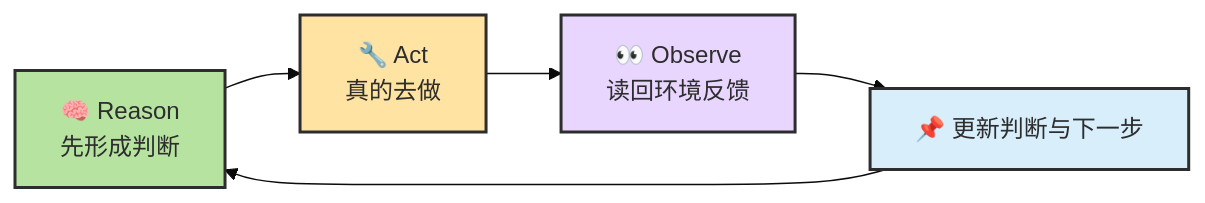
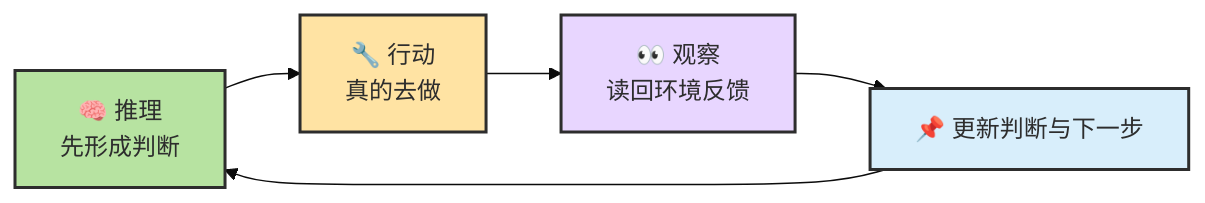
The tenth of 43 diagrams in docs/chapters/ch02-concepts.md (zht043/AgenticCodingTutorial), drawn with Mermaid (base theme) before and after one commit. The commit also changed other lines of this file and 1 other file, not shown here.

Commit message:
refine chapter 2 diagrams and agent guidance

````diff
--- a/docs/chapters/ch02-concepts.md
+++ b/docs/chapters/ch02-concepts.md
@@ -209,9 +314,9 @@
 ```mermaid
 flowchart LR
     classDef reason fill:#b7e3a1,stroke:#2d2d2d,stroke-width:2px,color:#2d2d2d
     classDef act fill:#ffe3a3,stroke:#2d2d2d,stroke-width:2px,color:#2d2d2d
     classDef observe fill:#e8d6ff,stroke:#2d2d2d,stroke-width:2px,color:#2d2d2d
     classDef update fill:#d8eefb,stroke:#2d2d2d,stroke-width:2px,color:#2d2d2d
 
-    R["🧠 Reason<br/>先形成判断"]:::reason --> A["🔧 Act<br/>真的去做"]:::act --> O["👀 Observe<br/>读回环境反馈"]:::observe --> U["📌 更新判断与下一步"]:::update --> R
+    R["🧠 推理<br/>先形成判断"]:::reason --> A["🔧 行动<br/>真的去做"]:::act --> O["👀 观察<br/>读回环境反馈"]:::observe --> U["📌 更新判断与下一步"]:::update --> R
 ```
````
